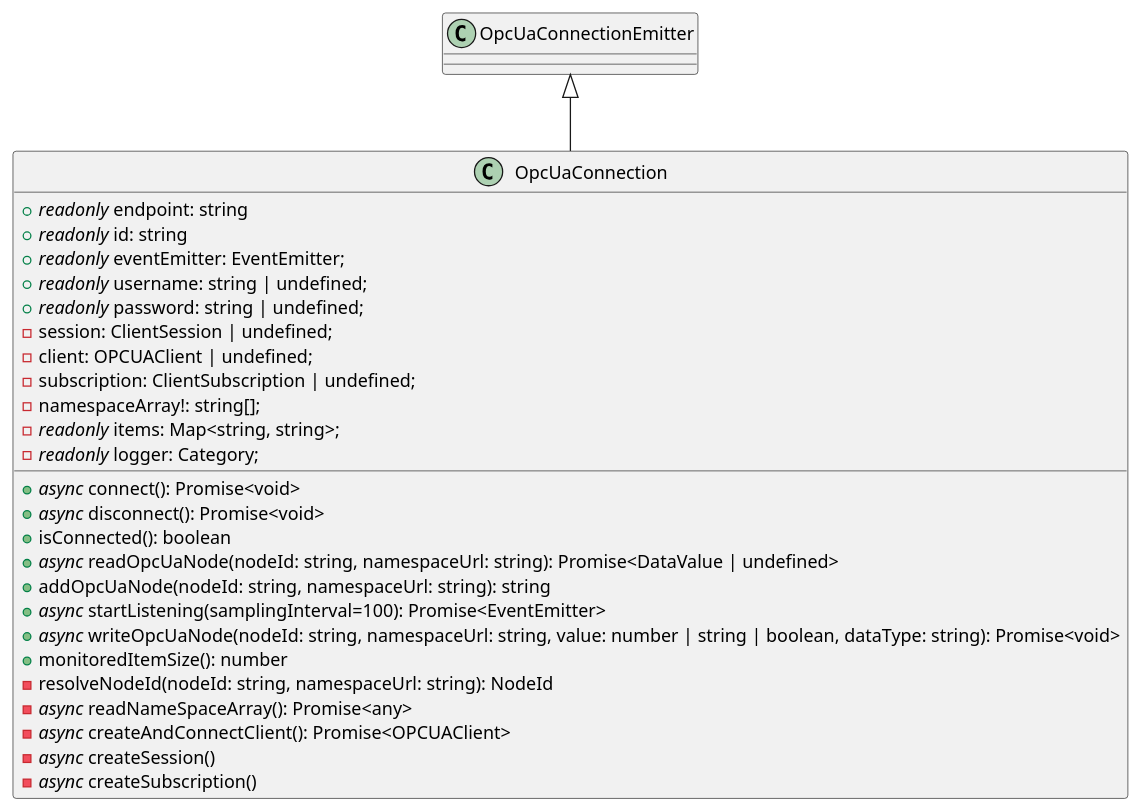
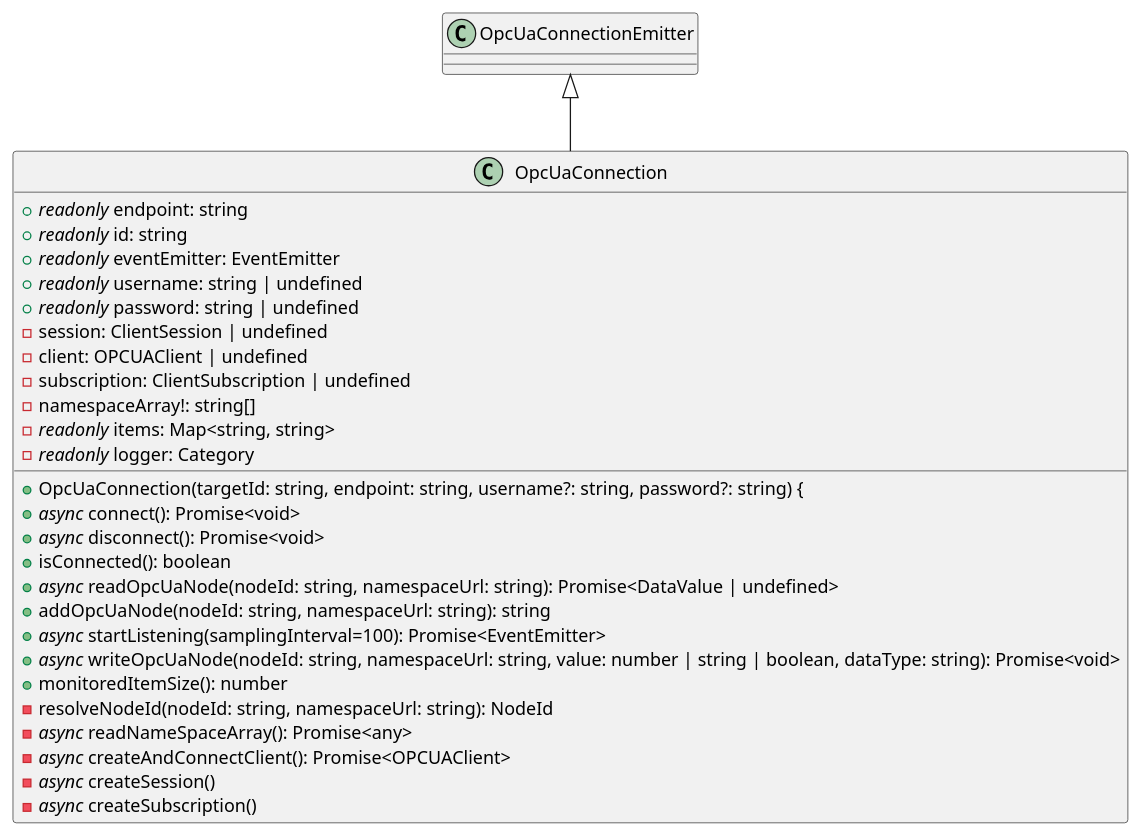
One commit to p2o-lab/polaris-backend changed the diagram in src/modularPlantManager/pea/connection/OpcUaConnection.puml. Above: the diagram before and after it, drawn with PlantUML. The commit also changed 4 other files, not shown here.

```diff
--- a/src/modularPlantManager/pea/connection/OpcUaConnection.puml
+++ b/src/modularPlantManager/pea/connection/OpcUaConnection.puml
@@ -1,33 +1,34 @@
 @startuml
 'https://plantuml.com/class-diagram
 
 class OpcUaConnection{
 	+ //readonly// endpoint: string
 	+ //readonly// id: string
-	+ //readonly// eventEmitter: EventEmitter;
-	+ //readonly// username: string | undefined;
-    + //readonly// password: string | undefined;
-	- session: ClientSession | undefined;
-	- client: OPCUAClient | undefined;
-	- subscription: ClientSubscription | undefined;
-	- namespaceArray!: string[];
-	- //readonly// items: Map<string, string>;
-	- //readonly// logger: Category;
+	+ //readonly// eventEmitter: EventEmitter
+	+ //readonly// username: string | undefined
+    + //readonly// password: string | undefined
+	- session: ClientSession | undefined
+	- client: OPCUAClient | undefined
+	- subscription: ClientSubscription | undefined
+	- namespaceArray!: string[]
+	- //readonly// items: Map<string, string>
+	- //readonly// logger: Category
 
+	+ OpcUaConnection(targetId: string, endpoint: string, username?: string, password?: string) {
 	+ //async// connect(): Promise<void>
     + //async// disconnect(): Promise<void>
     + isConnected(): boolean
     + //async// readOpcUaNode(nodeId: string, namespaceUrl: string): Promise<DataValue | undefined>
     + addOpcUaNode(nodeId: string, namespaceUrl: string): string
     + //async// startListening(samplingInterval=100): Promise<EventEmitter>
     + //async// writeOpcUaNode(nodeId: string, namespaceUrl: string, value: number | string | boolean, dataType: string): Promise<void>
     + monitoredItemSize(): number
     - resolveNodeId(nodeId: string, namespaceUrl: string): NodeId
     - //async// readNameSpaceArray(): Promise<any>
     - //async// createAndConnectClient(): Promise<OPCUAClient>
     - //async// createSession()
     - //async// createSubscription()
 }
 OpcUaConnectionEmitter <|-- OpcUaConnection
 
 @enduml
```
